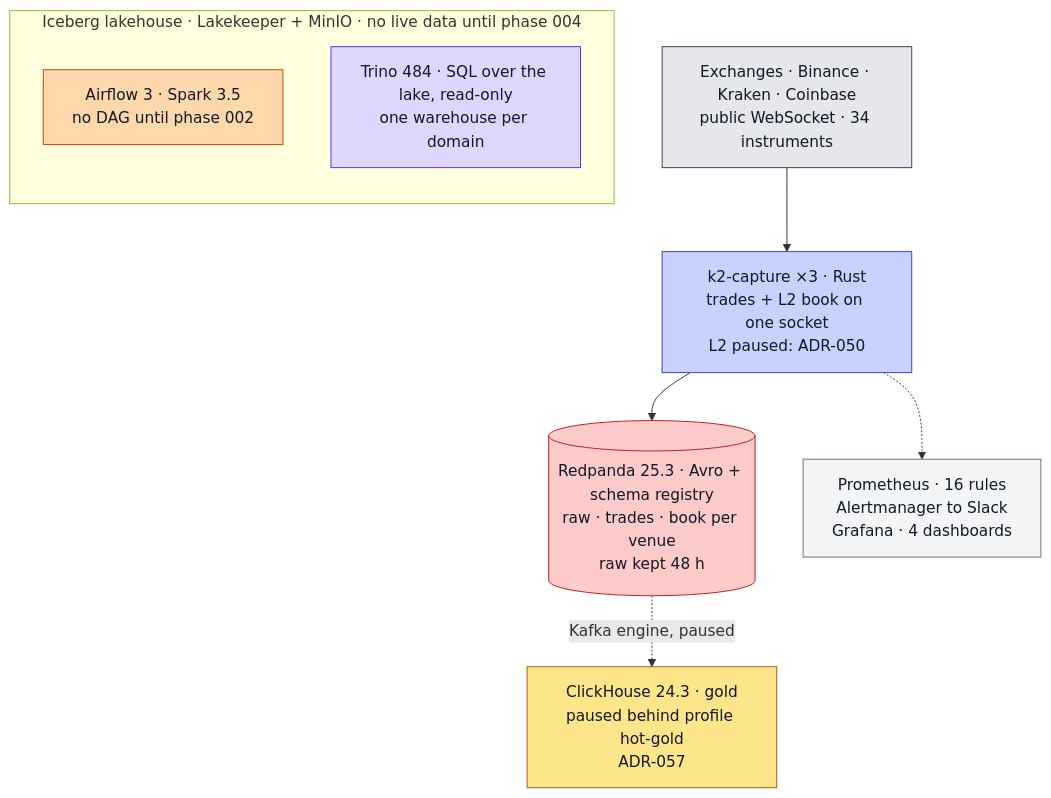
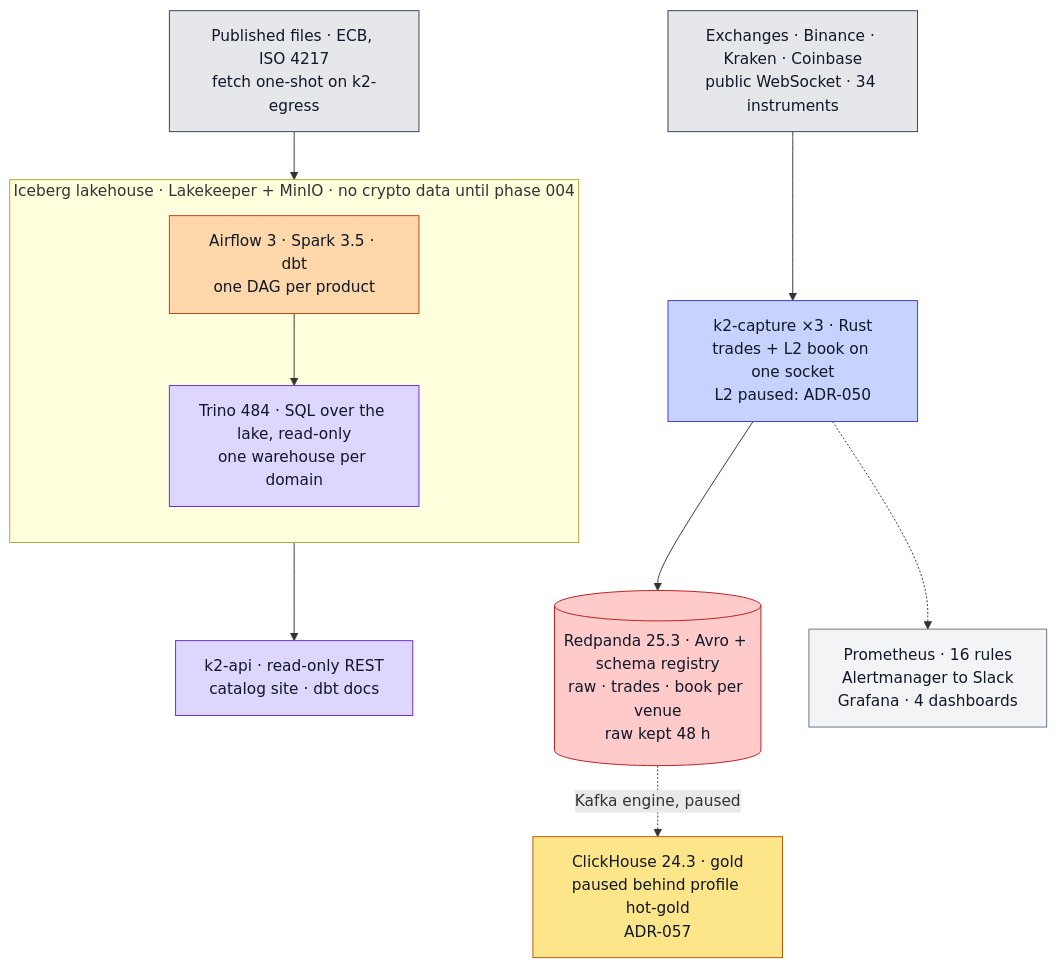
Before and after one commit to rjdscott/k2-market-data-platform: the diagram in README.md, drawn with Mermaid. The commit also changed other lines of this file and 6 other files, not shown here.

````diff
--- a/README.md
+++ b/README.md
@@ -75,25 +80,28 @@
 ```mermaid
 flowchart TB
   E["Exchanges · Binance · Kraken · Coinbase<br/>public WebSocket · 34 instruments"]:::ex
   F["k2-capture ×3 · Rust<br/>trades + L2 book on one socket<br/>L2 paused: ADR-050"]:::rs
   R[("Redpanda 25.3 · Avro + schema registry<br/>raw · trades · book per venue<br/>raw kept 48 h")]:::rp
   C["ClickHouse 24.3 · gold<br/>paused behind profile hot-gold<br/>ADR-057"]:::ch
-  subgraph L["Iceberg lakehouse · Lakekeeper + MinIO · no live data until phase 004"]
+  P["Published files · ECB, ISO 4217<br/>fetch one-shot on k2-egress"]:::ex
+  subgraph L["Iceberg lakehouse · Lakekeeper + MinIO · no crypto data until phase 004"]
     direction TB
-    S["Airflow 3 · Spark 3.5<br/>no DAG until phase 002"]:::sp
+    S["Airflow 3 · Spark 3.5 · dbt<br/>one DAG per product"]:::sp
     T["Trino 484 · SQL over the lake, read-only<br/>one warehouse per domain"]:::nb
   end
+  A["k2-api · read-only REST<br/>catalog site · dbt docs"]:::nb
   O["Prometheus · 16 rules<br/>Alertmanager to Slack<br/>Grafana · 4 dashboards"]:::ob
 
   E --> F --> R
   R -.->|Kafka engine, paused| C
+  P --> S --> T --> A
   F -.-> O
 
   classDef ex fill:#e5e7eb,stroke:#374151,color:#111827
   classDef rs fill:#c7d2fe,stroke:#4338ca,color:#111827
   classDef rp fill:#fecaca,stroke:#b91c1c,color:#111827
   classDef sp fill:#fed7aa,stroke:#c2410c,color:#111827
   classDef ch fill:#fde68a,stroke:#b45309,color:#111827
   classDef nb fill:#ddd6fe,stroke:#6d28d9,color:#111827
   classDef ob fill:#f3f4f6,stroke:#6b7280,color:#111827
 ```
````
